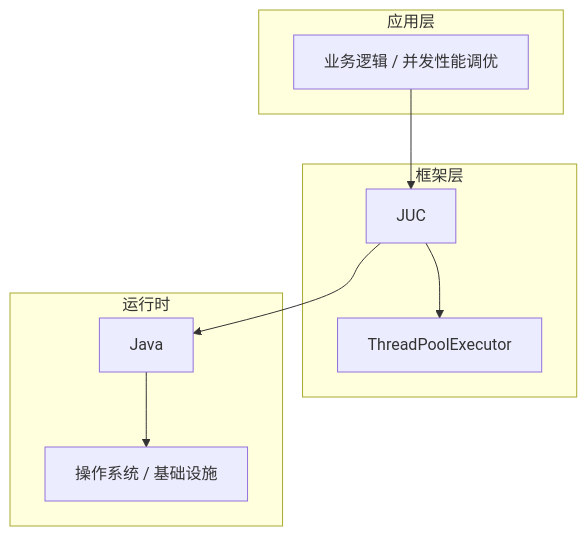
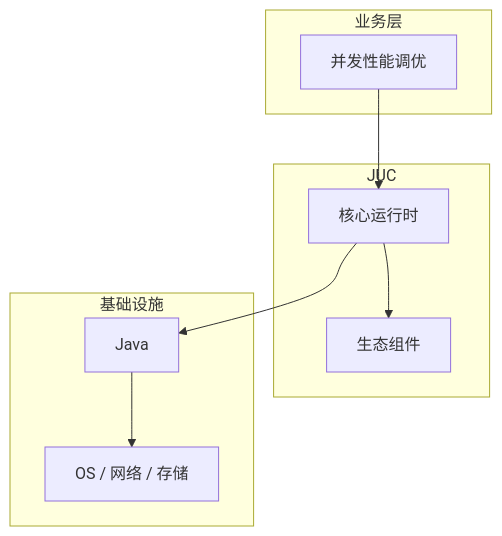
One commit to yanggan2015/knowledge-json-v2 changed the diagram in articles/Java并发/chapters/113-并发性能调优核心概念与原理.md. Above: the diagram before and after it, drawn with Mermaid. The commit also changed other lines of this file and 10127 other files, not shown here.

````diff
--- a/articles/Java并发/chapters/113-并发性能调优核心概念与原理.md
+++ b/articles/Java并发/chapters/113-并发性能调优核心概念与原理.md
@@ -45,18 +34,18 @@
 ```mermaid
 graph TB
-    subgraph 应用层
-        A[业务逻辑 / 并发性能调优]
+    subgraph 业务层
+        A[并发性能调优]
     end
-    subgraph 框架层
-        B[JUC]
-        C[ThreadPoolExecutor]
+    subgraph JUC
+        B[核心运行时]
+        C[生态组件]
     end
-    subgraph 运行时
+    subgraph 基础设施
         D[Java]
-        E[操作系统 / 基础设施]
+        E[OS / 网络 / 存储]
     end
     A --> B
     B --> C
     B --> D
     D --> E
 ```
````
